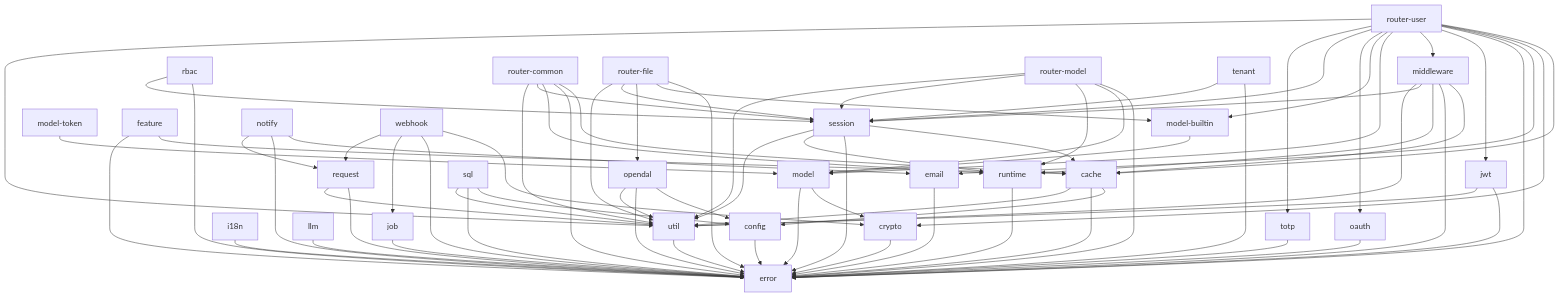
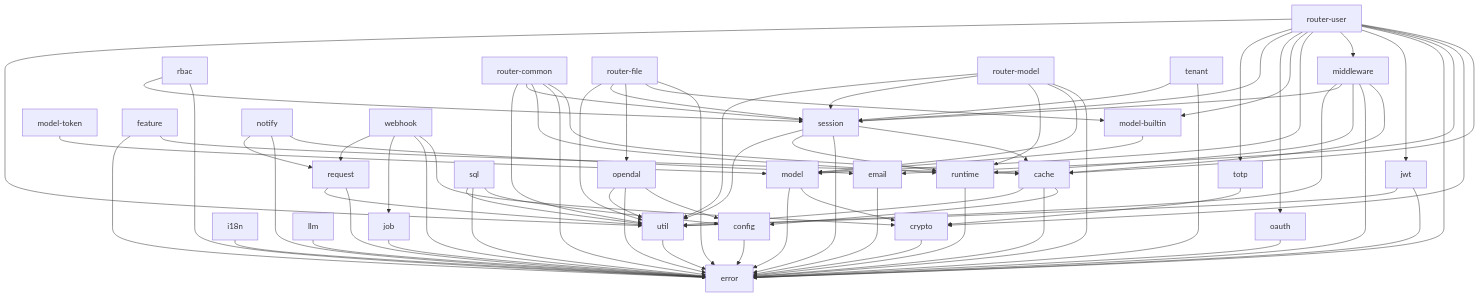
Before and after one commit to vicanso/tibba: the diagram in docs/modules.md, drawn with Mermaid. The commit also changed 46 other files, not shown here.

```diff
--- a/docs/modules.md
+++ b/docs/modules.md
@@ -28,12 +28,12 @@
 
     runtime --> error
 
-    totp --> error
-
     util --> error
 
     model --> crypto
     model --> error
+
+    totp --> crypto
 
     cache --> config
     cache --> error
```
